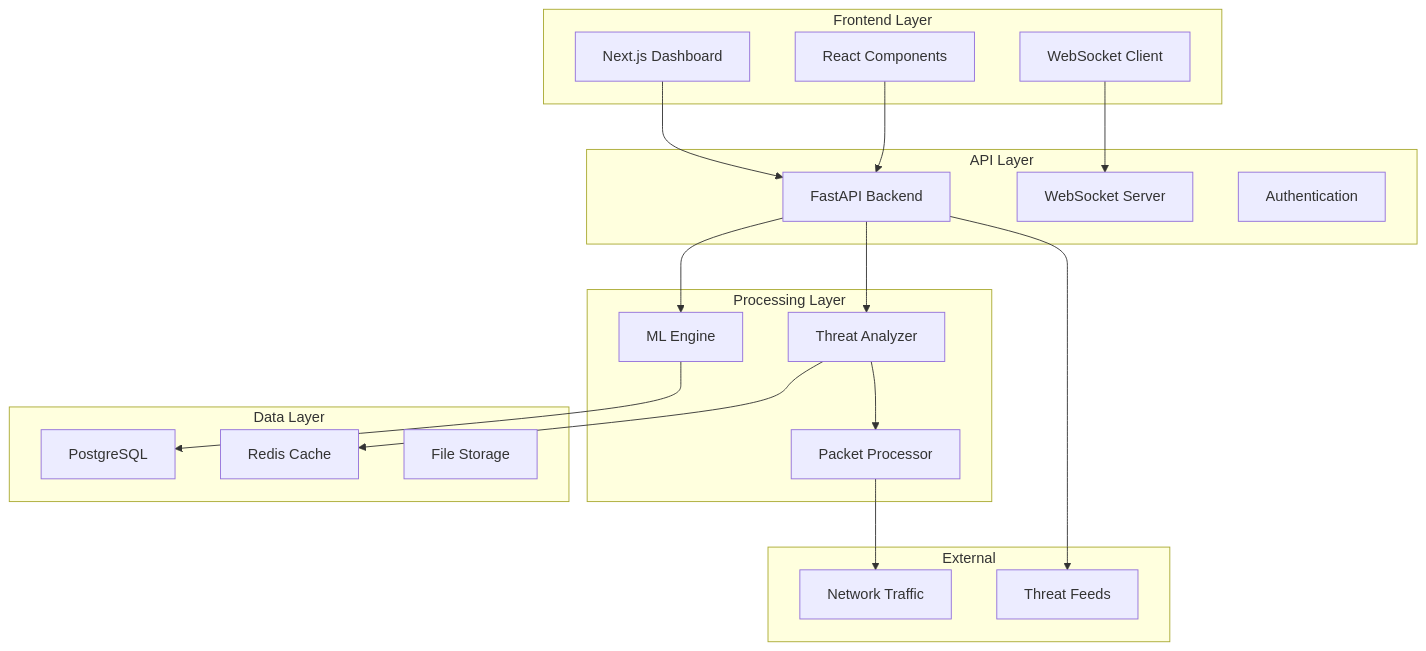
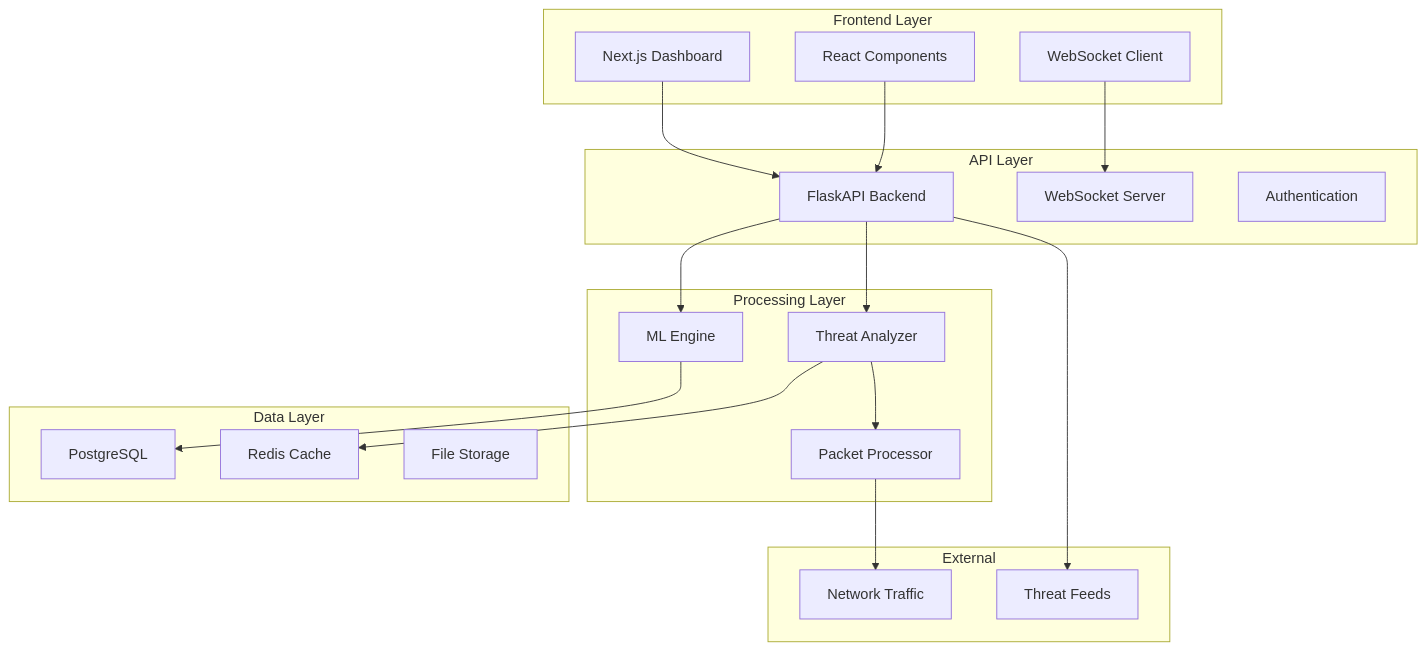
The second of 9 diagrams in README.md (SaamNoLimits/cyberguard-ids-ips), drawn with Mermaid before and after one commit.

````diff
--- a/README.md
+++ b/README.md
@@ -93,42 +93,42 @@
 ```mermaid
 graph TB
     subgraph "Frontend Layer"
         A[Next.js Dashboard]
         B[React Components]
         C[WebSocket Client]
     end
     
     subgraph "API Layer"
-        D[FastAPI Backend]
+        D[FlaskAPI Backend]
         E[WebSocket Server]
         F[Authentication]
     end
     
     subgraph "Processing Layer"
         G[ML Engine]
         H[Threat Analyzer]
         I[Packet Processor]
     end
     
     subgraph "Data Layer"
         J[PostgreSQL]
         K[Redis Cache]
         L[File Storage]
     end
     
     subgraph "External"
         M[Network Traffic]
         N[Threat Feeds]
     end
     
     A --> D
     B --> D
     C --> E
     D --> G
     D --> H
     H --> I
     G --> J
     H --> K
     I --> M
     D --> N
 ```
````
